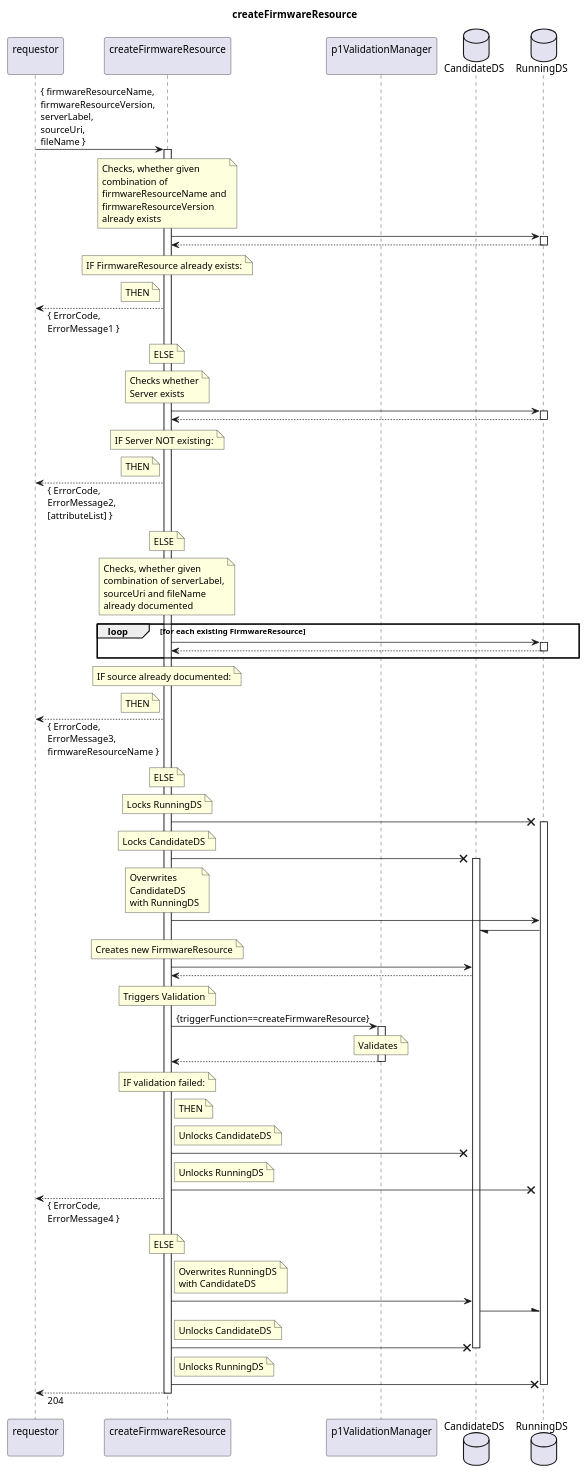
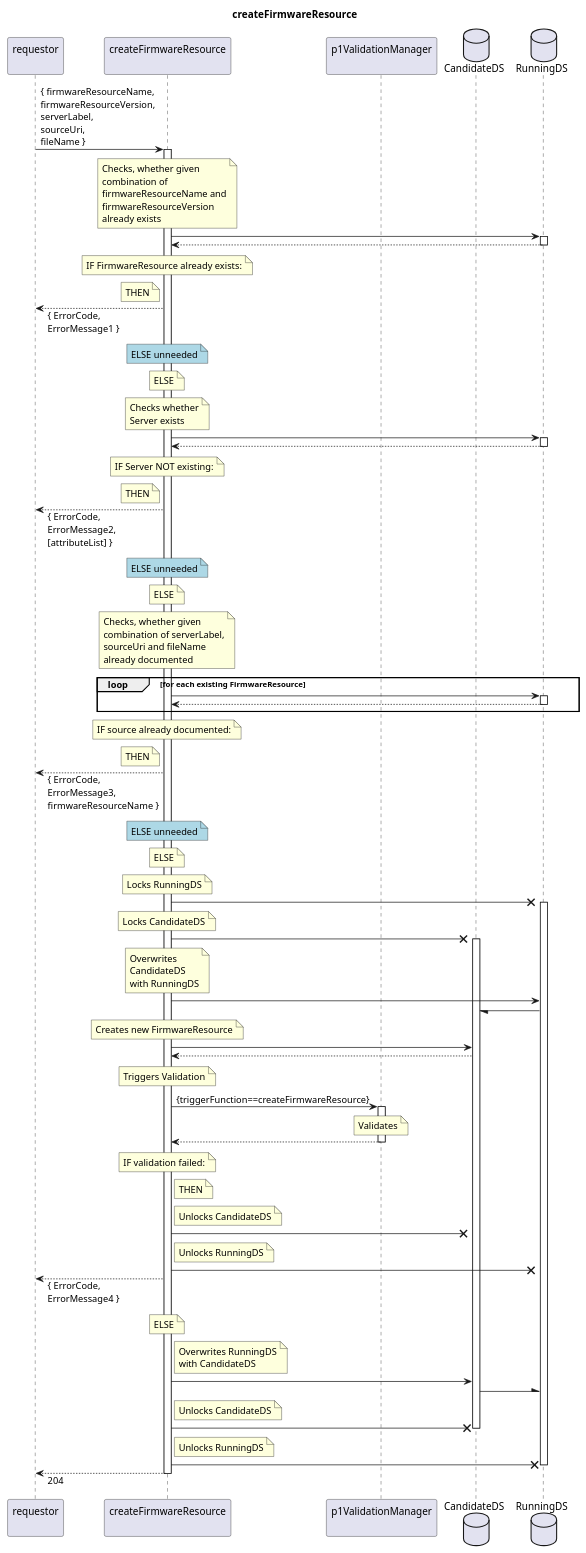
One commit to openBackhaul/FirmWareManager changed the diagram in spec/Services/createFirmwareResource/1.0.0/createFirmwareResource.plantuml. Above: the diagram before and after it, drawn with PlantUML. The commit also changed 3 other files, not shown here.

```diff
--- a/spec/Services/createFirmwareResource/1.0.0/createFirmwareResource.plantuml
+++ b/spec/Services/createFirmwareResource/1.0.0/createFirmwareResource.plantuml
@@ -1,154 +1,164 @@
 @startuml createFirmwareResource
 skinparam responseMessageBelowArrow true
 
 title
   createFirmwareResource
 end title
 
 participant "requestor\n" as requestor
 participant "createFirmwareResource\n" as cur
 participant "p1ValidationManager\n" as valiMan
 database "CandidateDS" as CanDS
 database "RunningDS" as RunDS
 
 requestor -> cur: { firmwareResourceName,\nfirmwareResourceVersion,\nserverLabel,\nsourceUri,\nfileName }
 activate cur
 
   note over cur
     Checks, whether given
     combination of
     firmwareResourceName and
     firmwareResourceVersion
     already exists
   end note
   cur -> RunDS
   activate RunDS
   cur <-- RunDS
   deactivate RunDS
   note over cur
     IF FirmwareResource already exists:
   end note
   note left cur
     THEN
   end note
   requestor <-- cur: { ErrorCode,\nErrorMessage1 }
+
+  note over cur #LightBlue
+    ELSE unneeded
+  end note
   note over cur
     ELSE
   end note
 
   note over cur
     Checks whether
     Server exists
   end note
   cur -> RunDS
   activate RunDS
   cur <-- RunDS
   deactivate RunDS
   note over cur
     IF Server NOT existing:
   end note
   note left cur
     THEN
   end note
   requestor <-- cur: { ErrorCode,\nErrorMessage2,\n[attributeList] }
+  note over cur #LightBlue
+    ELSE unneeded
+  end note
   note over cur
     ELSE
   end note
 
   note over cur
     Checks, whether given
     combination of serverLabel,
     sourceUri and fileName
     already documented
   end note
   loop for each existing FirmwareResource
     cur -> RunDS
     activate RunDS
     cur <-- RunDS
     deactivate RunDS
   end loop
   note over cur
     IF source already documented:
   end note
   note left cur
     THEN
   end note
   requestor <-- cur: { ErrorCode,\nErrorMessage3,\nfirmwareResourceName }
+  note over cur #LightBlue
+    ELSE unneeded
+  end note
   note over cur
     ELSE
   end note
 
   note over cur
     Locks RunningDS
   end note
   cur -X RunDS
   activate RunDS
   note over cur
     Locks CandidateDS
   end note
   cur -X CanDS
   activate CanDS
   note over cur
     Overwrites
     CandidateDS
     with RunningDS
   end note
   cur -> RunDS
   RunDS -/ CanDS
 
   note over cur
     Creates new FirmwareResource
   end note
   cur -> CanDS
   cur <-- CanDS
 
   note over cur
     Triggers Validation
   end note
   cur -> valiMan: {triggerFunction==createFirmwareResource}
   activate valiMan
     note over valiMan
       Validates
     end note
   cur <-- valiMan
   deactivate valiMan
   note over cur
     IF validation failed:
   end note
   note right cur
     THEN
   end note
   note right cur
     Unlocks CandidateDS
   end note
   cur -X CanDS
   note right cur
     Unlocks RunningDS
   end note
   cur -X RunDS
   requestor <-- cur: { ErrorCode,\nErrorMessage4 }
   note over cur
     ELSE
   end note
 
   note right cur
     Overwrites RunningDS
     with CandidateDS
   end note
   cur -> CanDS
   CanDS -\ RunDS
   note right cur
     Unlocks CandidateDS
   end note
   cur -X CanDS
   deactivate CanDS
   note right cur
     Unlocks RunningDS
   end note
   cur -X RunDS
   deactivate RunDS
 
 requestor <-- cur: 204
 deactivate cur
 
 @enduml
```
